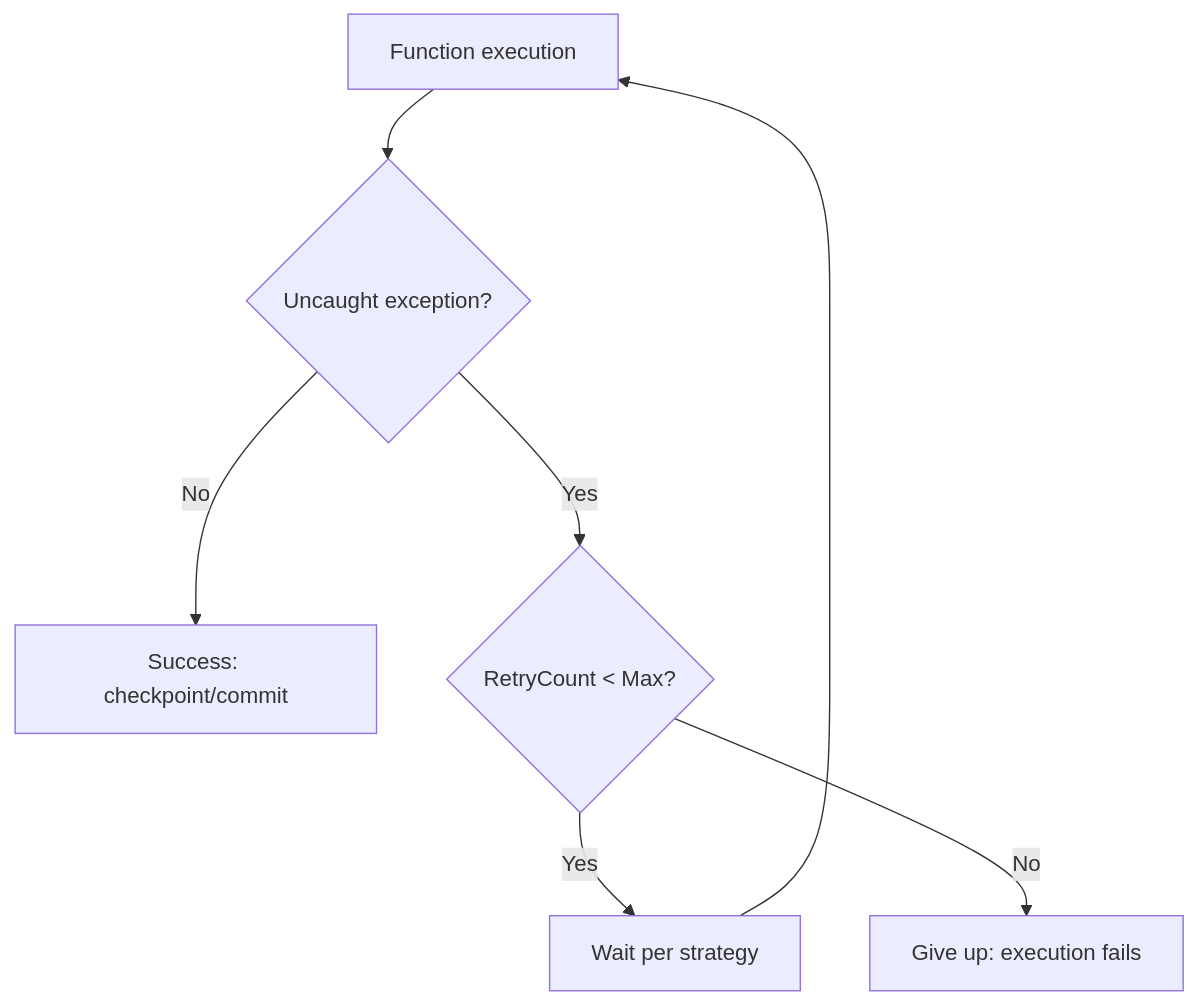
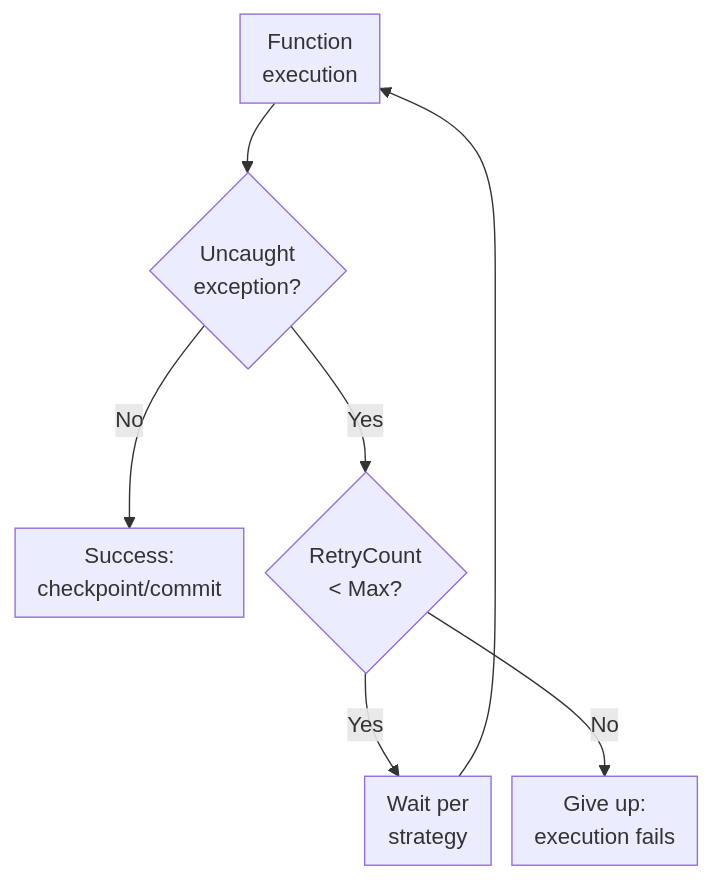
Before and after one commit to yeongseon/azure-functions-practical-guide: the diagram in docs/language-guides/dotnet/recipes/retry.md, drawn with Mermaid. The commit also changed other lines of this file and 4 other files, not shown here.

First line of the commit message:
docs(diagrams): improve dotnet migration OpenAPI and retry figures (#473)

````diff
--- a/docs/language-guides/dotnet/recipes/retry.md
+++ b/docs/language-guides/dotnet/recipes/retry.md
@@ -42,8 +42,11 @@
 ```mermaid
+%%{init: {'flowchart': {'nodeSpacing': 15, 'padding': 8}}}%%
 flowchart TD
-    EXEC[Function execution] --> ERR{Uncaught exception?}
-    ERR -->|No| DONE[Success: checkpoint/commit]
-    ERR -->|Yes| COUNT{RetryCount < Max?}
-    COUNT -->|Yes| WAIT[Wait per strategy] --> EXEC
-    COUNT -->|No| FAIL[Give up: execution fails]
+    accTitle: Finite runtime retry policy decision loop
+    accDescr: For a configured finite retry limit on a supported trigger and extension, an uncaught exception leads to the retry-count check, waiting and another execution or final failure; no exception leads to success. Checkpoint or commit is trigger-specific, not an atomic transaction guarantee; this comparison does not represent minus-one unlimited retries.
+    EXEC[Function<br/>execution] --> ERR{Uncaught<br/>exception?}
+    ERR -->|No| DONE[Success:<br/>checkpoint/commit]
+    ERR -->|Yes| COUNT{RetryCount<br/>&lt; Max?}
+    COUNT -->|Yes| WAIT[Wait per<br/>strategy] --> EXEC
+    COUNT -->|No| FAIL[Give up:<br/>execution fails]
 ```
````
